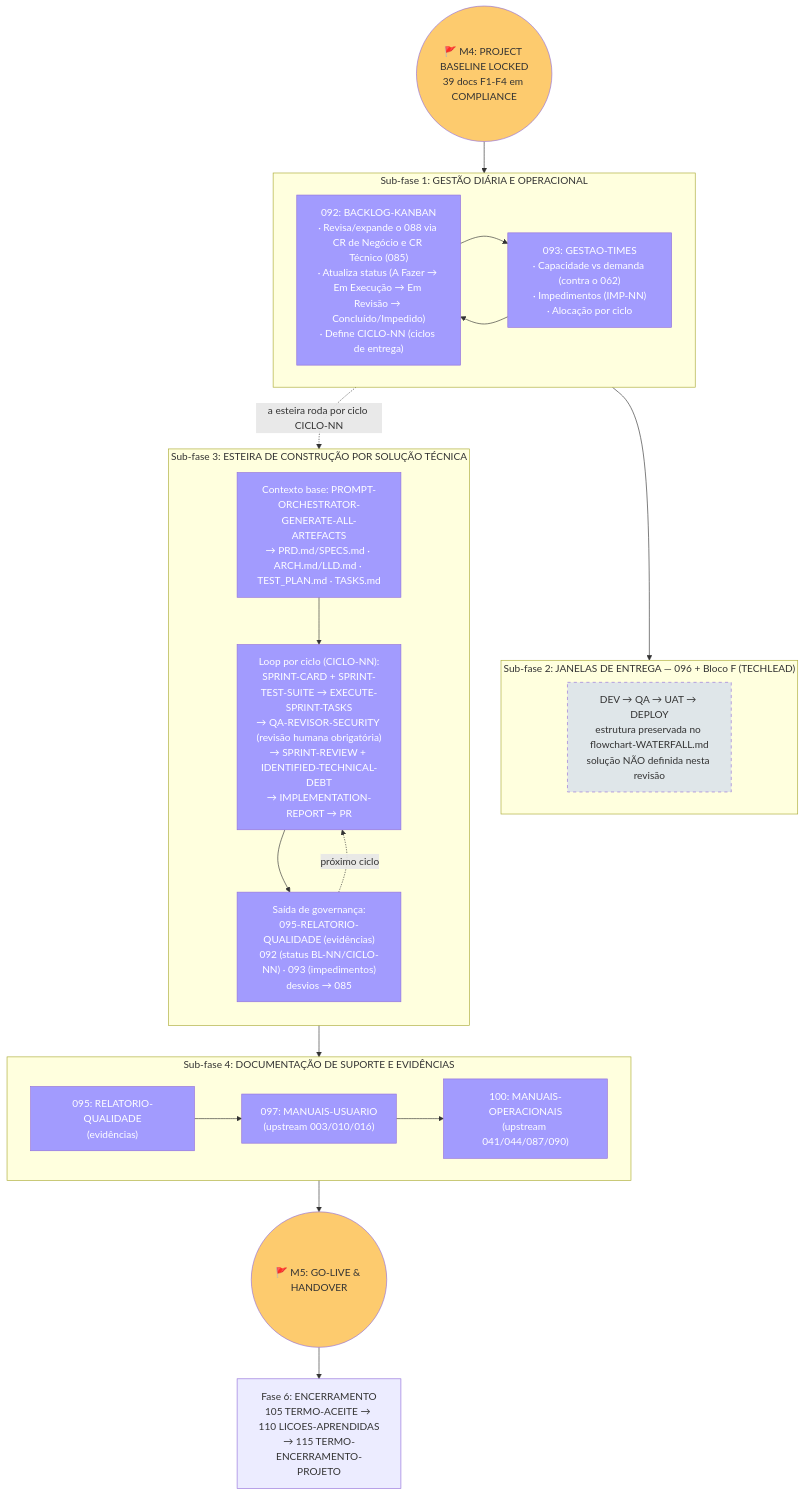
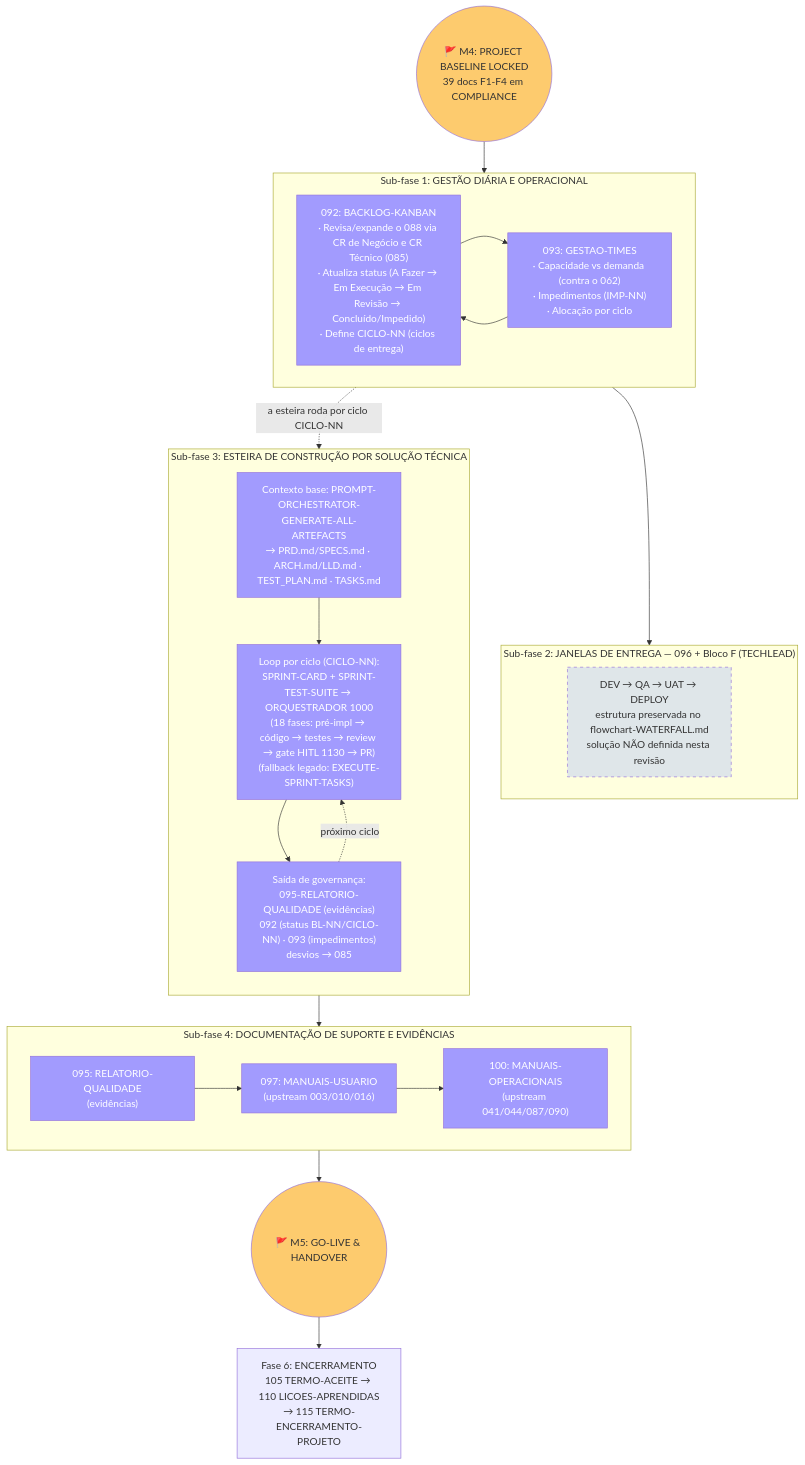
The fifth of 11 diagrams in .specs/prompts/project-documents-waterfall/FLOWCHART-PROMPT-ROADMAP-GENERATE-PROJECT-DOCUMENTS-WATERFALL.md (bolismar69/workspace-fbso), drawn with Mermaid before and after one commit. The commit also changed other lines of this file and 1 other file, not shown here.

First line of the commit message:
feat: WATERFALL-EXECUTION v2.4 + FLOWCHART WATERFALL v3.2 apontam o orquestrador 1000 do pacote de desenvolvimento

````diff
--- a/.specs/prompts/project-documents-waterfall/FLOWCHART-PROMPT-ROADMAP-GENERATE-PROJECT-DOCUMENTS-WATERFALL.md
+++ b/.specs/prompts/project-documents-waterfall/FLOWCHART-PROMPT-ROADMAP-GENERATE-PROJECT-DOCUMENTS-WATERFALL.md
@@ -430,50 +430,50 @@
 ```mermaid
 flowchart TD
     M4_IN(("🚩 M4: PROJECT BASELINE LOCKED<br/>39 docs F1-F4 em COMPLIANCE")) --> SF1
 
     subgraph SF1["Sub-fase 1: GESTÃO DIÁRIA E OPERACIONAL"]
         direction LR
         D092_GEN["092: BACKLOG-KANBAN<br/>· Revisa/expande o 088 via CR de Negócio e CR Técnico (085)<br/>· Atualiza status (A Fazer → Em Execução → Em Revisão → Concluído/Impedido)<br/>· Define CICLO-NN (ciclos de entrega)"] --> D093_GEN["093: GESTAO-TIMES<br/>· Capacidade vs demanda (contra o 062)<br/>· Impedimentos (IMP-NN)<br/>· Alocação por ciclo"]
         D093_GEN --> D092_GEN
     end
 
     SF1 --> SF2
 
     subgraph SF2["Sub-fase 2: JANELAS DE ENTREGA — 096 + Bloco F (TECHLEAD)"]
         JANELAS["DEV → QA → UAT → DEPLOY<br/>estrutura preservada no flowchart-WATERFALL.md<br/>solução NÃO definida nesta revisão"]
     end
 
     SF1 -.->|"a esteira roda por ciclo CICLO-NN"| SF3
 
     subgraph SF3["Sub-fase 3: ESTEIRA DE CONSTRUÇÃO POR SOLUÇÃO TÉCNICA"]
         direction TB
-        CTX["Contexto base: PROMPT-ORCHESTRATOR-GENERATE-ALL-ARTEFACTS<br/>→ PRD.md/SPECS.md · ARCH.md/LLD.md · TEST_PLAN.md · TASKS.md"] --> CICLO["Loop por ciclo (CICLO-NN):<br/>SPRINT-CARD + SPRINT-TEST-SUITE → EXECUTE-SPRINT-TASKS<br/>→ QA-REVISOR-SECURITY (revisão humana obrigatória)<br/>→ SPRINT-REVIEW + IDENTIFIED-TECHNICAL-DEBT<br/>→ IMPLEMENTATION-REPORT → PR"]
+        CTX["Contexto base: PROMPT-ORCHESTRATOR-GENERATE-ALL-ARTEFACTS<br/>→ PRD.md/SPECS.md · ARCH.md/LLD.md · TEST_PLAN.md · TASKS.md"] --> CICLO["Loop por ciclo (CICLO-NN):<br/>SPRINT-CARD + SPRINT-TEST-SUITE → ORQUESTRADOR 1000<br/>(18 fases: pré-impl → código → testes → review → gate HITL 1130 → PR)<br/>(fallback legado: EXECUTE-SPRINT-TASKS)"]
         CICLO --> GOV["Saída de governança:<br/>095-RELATORIO-QUALIDADE (evidências)<br/>092 (status BL-NN/CICLO-NN) · 093 (impedimentos)<br/>desvios → 085"]
         GOV -.->|"próximo ciclo"| CICLO
     end
 
     SF3 --> SF4
 
     subgraph SF4["Sub-fase 4: DOCUMENTAÇÃO DE SUPORTE E EVIDÊNCIAS"]
         direction LR
         D095F2["095: RELATORIO-QUALIDADE<br/>(evidências)"] --> D097F["097: MANUAIS-USUARIO<br/>(upstream 003/010/016)"]
         D097F --> D100F["100: MANUAIS-OPERACIONAIS<br/>(upstream 041/044/087/090)"]
     end
 
     SF4 --> M5_OUT(("🚩 M5: GO-LIVE & HANDOVER"))
     M5_OUT --> F6
 
     F6["Fase 6: ENCERRAMENTO<br/>105 TERMO-ACEITE → 110 LICOES-APRENDIDAS<br/>→ 115 TERMO-ENCERRAMENTO-PROJETO"]
 
     style D092_GEN fill:#a29bfe,color:#fff
     style D093_GEN fill:#a29bfe,color:#fff
     style JANELAS fill:#dfe6e9,color:#333,stroke-dasharray: 5 5
     style CTX fill:#a29bfe,color:#fff
     style CICLO fill:#a29bfe,color:#fff
     style GOV fill:#a29bfe,color:#fff
     style D095F2 fill:#a29bfe,color:#fff
     style D097F fill:#a29bfe,color:#fff
     style D100F fill:#a29bfe,color:#fff
     style M4_IN fill:#fdcb6e,color:#333
     style M5_OUT fill:#fdcb6e,color:#333
 ```
````
